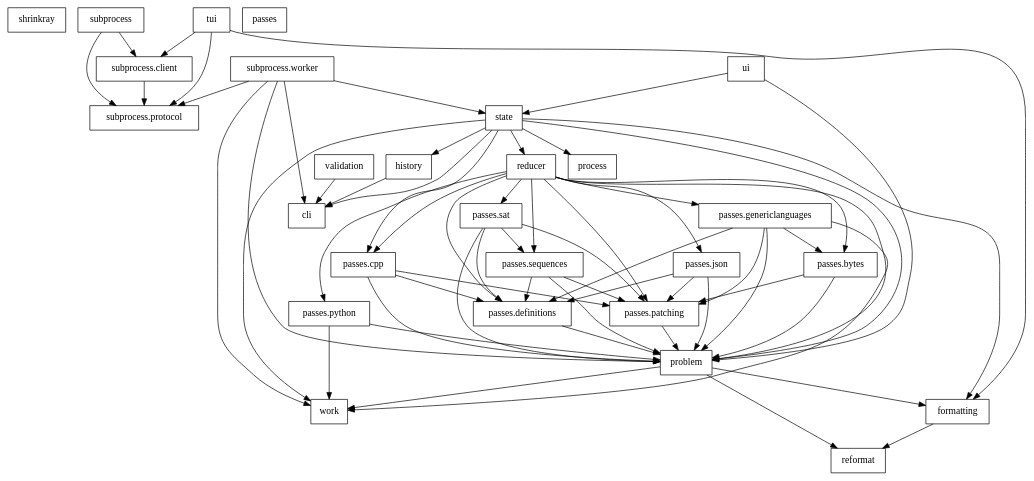
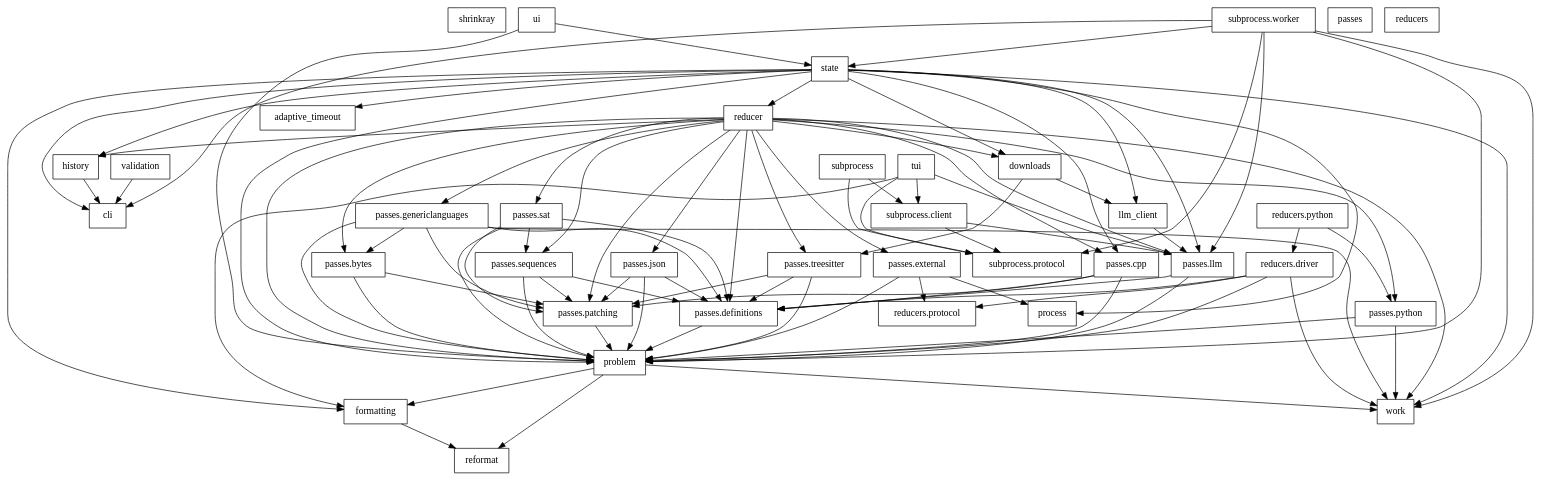
Before and after one commit to DRMacIver/shrinkray: the diagram in notes/import-graph.dot, drawn with Graphviz. The commit also changed 20 other files, not shown here.

```diff
--- a/notes/import-graph.dot
+++ b/notes/import-graph.dot
@@ -1,94 +1,134 @@
 digraph imports {
     rankdir=TB;
     node [shape=box];
 
     "shrinkray";
+    "adaptive_timeout";
     "cli";
+    "downloads";
     "formatting";
     "history";
+    "llm_client";
     "passes";
     "passes.bytes";
     "passes.cpp";
     "passes.definitions";
+    "passes.external";
     "passes.genericlanguages";
     "passes.json";
+    "passes.llm";
     "passes.patching";
     "passes.python";
     "passes.sat";
     "passes.sequences";
+    "passes.treesitter";
     "problem";
     "process";
     "reducer";
+    "reducers";
+    "reducers.driver";
+    "reducers.protocol";
+    "reducers.python";
     "reformat";
     "state";
     "subprocess";
     "subprocess.client";
     "subprocess.protocol";
     "subprocess.worker";
     "tui";
     "ui";
     "validation";
     "work";
 
+    "downloads" -> "llm_client";
+    "downloads" -> "passes.treesitter";
     "formatting" -> "reformat";
     "history" -> "cli";
+    "llm_client" -> "passes.llm";
     "passes.bytes" -> "passes.patching";
     "passes.bytes" -> "problem";
     "passes.cpp" -> "passes.definitions";
     "passes.cpp" -> "passes.patching";
     "passes.cpp" -> "problem";
     "passes.definitions" -> "problem";
+    "passes.external" -> "problem";
+    "passes.external" -> "process";
+    "passes.external" -> "reducers.protocol";
     "passes.genericlanguages" -> "passes.bytes";
     "passes.genericlanguages" -> "passes.definitions";
     "passes.genericlanguages" -> "passes.patching";
     "passes.genericlanguages" -> "problem";
     "passes.genericlanguages" -> "work";
     "passes.json" -> "passes.definitions";
     "passes.json" -> "passes.patching";
     "passes.json" -> "problem";
+    "passes.llm" -> "passes.definitions";
+    "passes.llm" -> "problem";
     "passes.patching" -> "problem";
     "passes.python" -> "problem";
     "passes.python" -> "work";
     "passes.sat" -> "passes.definitions";
     "passes.sat" -> "passes.patching";
     "passes.sat" -> "passes.sequences";
     "passes.sat" -> "problem";
     "passes.sequences" -> "passes.definitions";
     "passes.sequences" -> "passes.patching";
     "passes.sequences" -> "problem";
+    "passes.treesitter" -> "passes.definitions";
+    "passes.treesitter" -> "passes.patching";
+    "passes.treesitter" -> "problem";
     "problem" -> "formatting";
     "problem" -> "reformat";
     "problem" -> "work";
+    "reducer" -> "downloads";
+    "reducer" -> "history";
     "reducer" -> "passes.bytes";
     "reducer" -> "passes.cpp";
     "reducer" -> "passes.definitions";
+    "reducer" -> "passes.external";
     "reducer" -> "passes.genericlanguages";
     "reducer" -> "passes.json";
+    "reducer" -> "passes.llm";
     "reducer" -> "passes.patching";
     "reducer" -> "passes.python";
     "reducer" -> "passes.sat";
     "reducer" -> "passes.sequences";
+    "reducer" -> "passes.treesitter";
     "reducer" -> "problem";
+    "reducer" -> "work";
+    "reducers.driver" -> "passes.definitions";
+    "reducers.driver" -> "problem";
+    "reducers.driver" -> "reducers.protocol";
+    "reducers.driver" -> "work";
+    "reducers.python" -> "passes.python";
+    "reducers.python" -> "reducers.driver";
+    "state" -> "adaptive_timeout";
     "state" -> "cli";
+    "state" -> "downloads";
     "state" -> "formatting";
     "state" -> "history";
+    "state" -> "llm_client";
     "state" -> "passes.cpp";
+    "state" -> "passes.llm";
     "state" -> "problem";
     "state" -> "process";
     "state" -> "reducer";
     "state" -> "work";
     "subprocess" -> "subprocess.client";
     "subprocess" -> "subprocess.protocol";
+    "subprocess.client" -> "passes.llm";
     "subprocess.client" -> "subprocess.protocol";
     "subprocess.worker" -> "cli";
+    "subprocess.worker" -> "passes.llm";
     "subprocess.worker" -> "problem";
     "subprocess.worker" -> "state";
     "subprocess.worker" -> "subprocess.protocol";
     "subprocess.worker" -> "work";
     "tui" -> "formatting";
+    "tui" -> "passes.llm";
     "tui" -> "subprocess.client";
     "tui" -> "subprocess.protocol";
     "ui" -> "problem";
     "ui" -> "state";
     "validation" -> "cli";
 }
```
